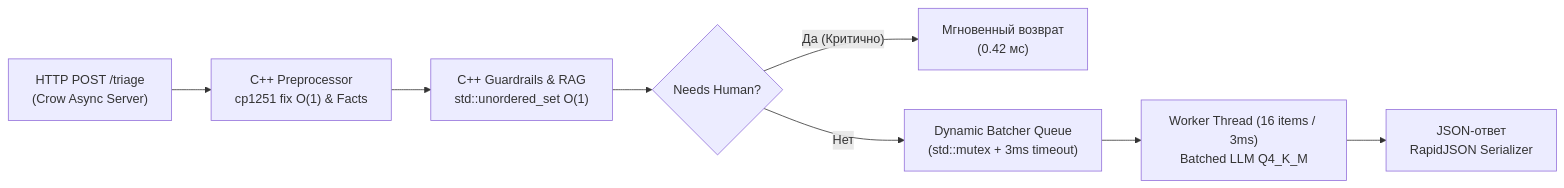
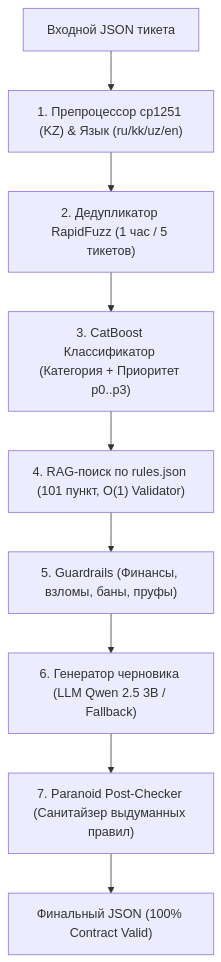
One commit to biplteam-Dreamteam/Outsiders changed the diagram in README.md. Above: the diagram before and after it, drawn with Mermaid. The commit also changed other lines of this file and 38 other files, not shown here.

````diff
--- a/README.md
+++ b/README.md
@@ -137,10 +165,11 @@
 ```mermaid
-flowchart LR
-    A["HTTP POST /triage<br/>(Crow Async Server)"] --> B["C++ Preprocessor<br/>cp1251 fix O(1) & Facts"]
-    B --> C["C++ Guardrails & RAG<br/>std::unordered_set O(1)"]
-    C --> D{"Needs Human?"}
-    D -->|"Да (Критично)"| E["Мгновенный возврат<br/>(0.42 мс)"]
-    D -->|"Нет"| F["Dynamic Batcher Queue<br/>(std::mutex + 3ms timeout)"]
-    F --> G["Worker Thread (16 items / 3ms)<br/>Batched LLM Q4_K_M"]
-    G --> H["JSON-ответ<br/>RapidJSON Serializer"]
+flowchart TD
+    A["Входной JSON тикета"] --> B["1. Препроцессор cp1251 (KZ) & Язык (ru/kk/uz/en)"]
+    B --> C["2. Дедупликатор RapidFuzz (1 час / 5 тикетов)"]
+    C --> D["3. CatBoost Классификатор (Категория + Приоритет p0..p3)"]
+    D --> E["4. RAG-поиск по rules.json (101 пункт, O(1) Validator)"]
+    E --> F["5. Guardrails (Финансы, взломы, баны, пруфы)"]
+    F --> G["6. Генератор черновика (LLM Qwen 2.5 3B / Fallback)"]
+    G --> H["7. Paranoid Post-Checker (Санитайзер выдуманных правил)"]
+    H --> I["Финальный JSON (100% Contract Valid)"]
 ```
````
